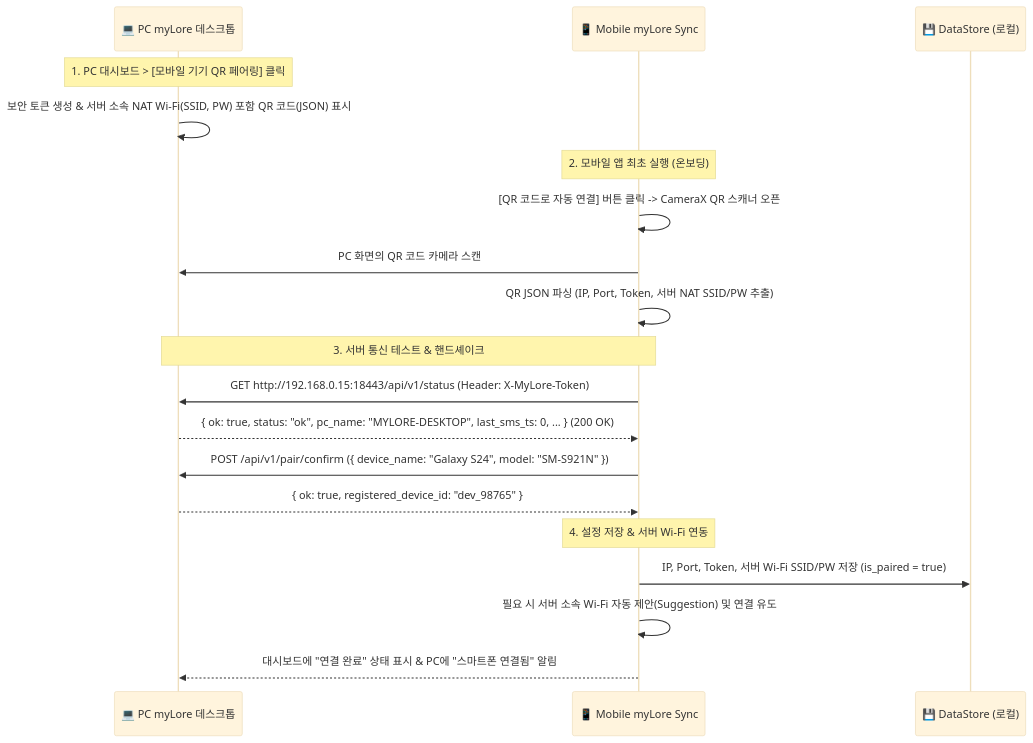
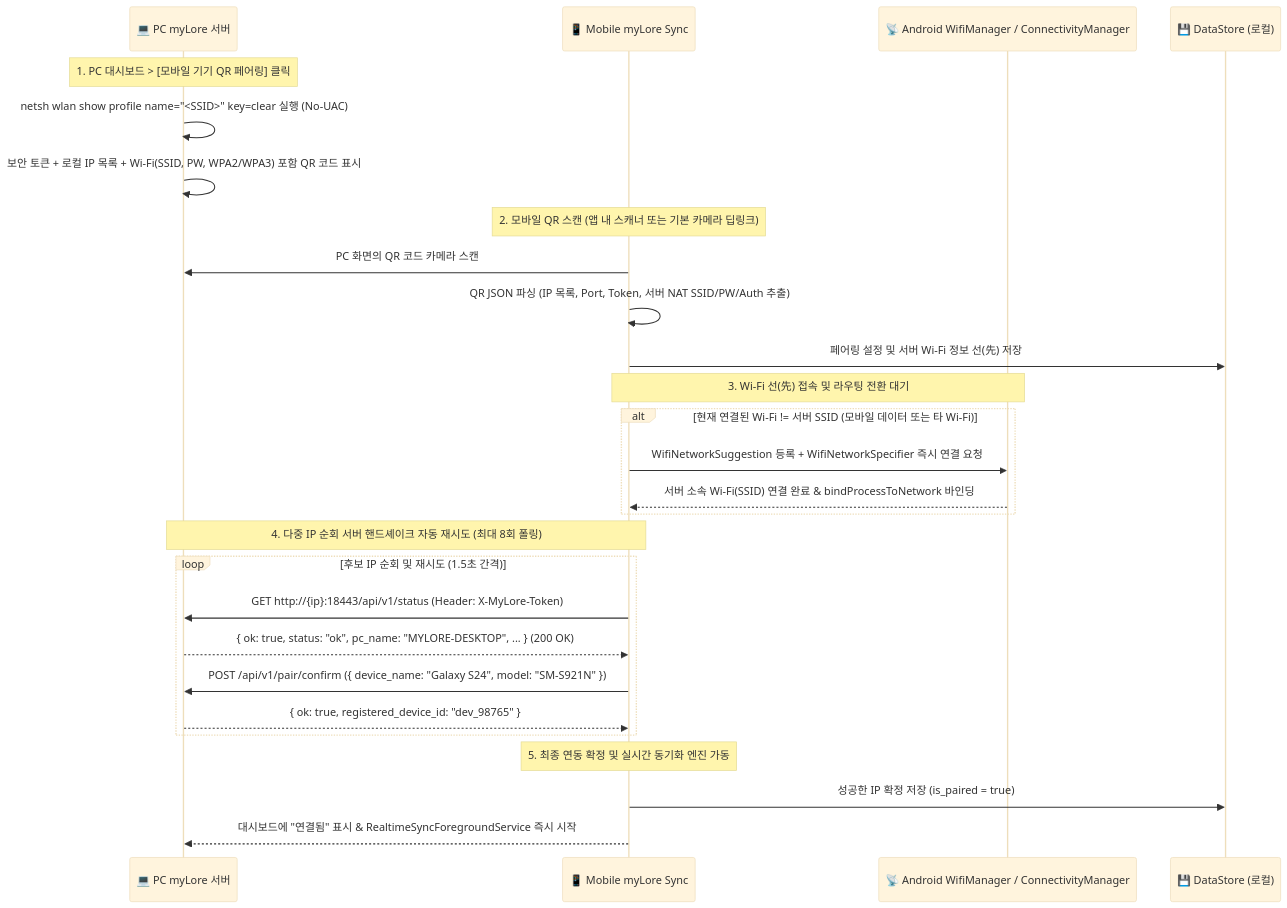
Before and after one commit to iseohyun/myLore-Sync: the diagram in MYLORE_SYNC_SPEC.md, drawn with Mermaid (base theme). The commit also changed other lines of this file and 6 other files, not shown here.

````diff
--- a/MYLORE_SYNC_SPEC.md
+++ b/MYLORE_SYNC_SPEC.md
@@ -66,26 +70,34 @@
 ```mermaid
 sequenceDiagram
-    participant PC as 💻 PC myLore 데스크톱
+    participant PC as 💻 PC myLore 서버
     participant App as 📱 Mobile myLore Sync
+    participant WiFi as 📡 Android WifiManager / ConnectivityManager
     participant DS as 💾 DataStore (로컬)
 
     Note over PC: 1. PC 대시보드 > [모바일 기기 QR 페어링] 클릭
-    PC->>PC: 보안 토큰 생성 & 서버 소속 NAT Wi-Fi(SSID, PW) 포함 QR 코드(JSON) 표시
+    PC->>PC: netsh wlan show profile name="<SSID>" key=clear 실행 (No-UAC)
+    PC->>PC: 보안 토큰 + 로컬 IP 목록 + Wi-Fi(SSID, PW, WPA2/WPA3) 포함 QR 코드 표시
 
-    Note over App: 2. 모바일 앱 최초 실행 (온보딩)
-    App->>App: [QR 코드로 자동 연결] 버튼 클릭 -> CameraX QR 스캐너 오픈
+    Note over App: 2. 모바일 QR 스캔 (앱 내 스캐너 또는 기본 카메라 딥링크)
     App->>PC: PC 화면의 QR 코드 카메라 스캔
-    App->>App: QR JSON 파싱 (IP, Port, Token, 서버 NAT SSID/PW 추출)
+    App->>App: QR JSON 파싱 (IP 목록, Port, Token, 서버 NAT SSID/PW/Auth 추출)
+    App->>DS: 페어링 설정 및 서버 Wi-Fi 정보 선(先) 저장
 
-    Note over App,PC: 3. 서버 통신 테스트 & 핸드셰이크
-    App->>PC: GET http://192.168.0.15:18443/api/v1/status (Header: X-MyLore-Token)
-    PC-->>App: { ok: true, status: "ok", pc_name: "MYLORE-DESKTOP", last_sms_ts: 0, ... } (200 OK)
+    Note over App,WiFi: 3. Wi-Fi 선(先) 접속 및 라우팅 전환 대기
+    alt 현재 연결된 Wi-Fi != 서버 SSID (모바일 데이터 또는 타 Wi-Fi)
+        App->>WiFi: WifiNetworkSuggestion 등록 + WifiNetworkSpecifier 즉시 연결 요청
+        WiFi-->>App: 서버 소속 Wi-Fi(SSID) 연결 완료 & bindProcessToNetwork 바인딩
+    end
 
-    App->>PC: POST /api/v1/pair/confirm ({ device_name: "Galaxy S24", model: "SM-S921N" })
-    PC-->>App: { ok: true, registered_device_id: "dev_98765" }
+    Note over App,PC: 4. 다중 IP 순회 서버 핸드셰이크 자동 재시도 (최대 8회 폴링)
+    loop 후보 IP 순회 및 재시도 (1.5초 간격)
+        App->>PC: GET http://{ip}:18443/api/v1/status (Header: X-MyLore-Token)
+        PC-->>App: { ok: true, status: "ok", pc_name: "MYLORE-DESKTOP", ... } (200 OK)
+        App->>PC: POST /api/v1/pair/confirm ({ device_name: "Galaxy S24", model: "SM-S921N" })
+        PC-->>App: { ok: true, registered_device_id: "dev_98765" }
+    end
 
-    Note over App: 4. 설정 저장 & 서버 Wi-Fi 연동
-    App->>DS: IP, Port, Token, 서버 Wi-Fi SSID/PW 저장 (is_paired = true)
-    App->>App: 필요 시 서버 소속 Wi-Fi 자동 제안(Suggestion) 및 연결 유도
-    App-->>PC: 대시보드에 "연결 완료" 상태 표시 & PC에 "스마트폰 연결됨" 알림
+    Note over App: 5. 최종 연동 확정 및 실시간 동기화 엔진 가동
+    App->>DS: 성공한 IP 확정 저장 (is_paired = true)
+    App-->>PC: 대시보드에 "연결됨" 표시 & RealtimeSyncForegroundService 즉시 시작
 ```
````
